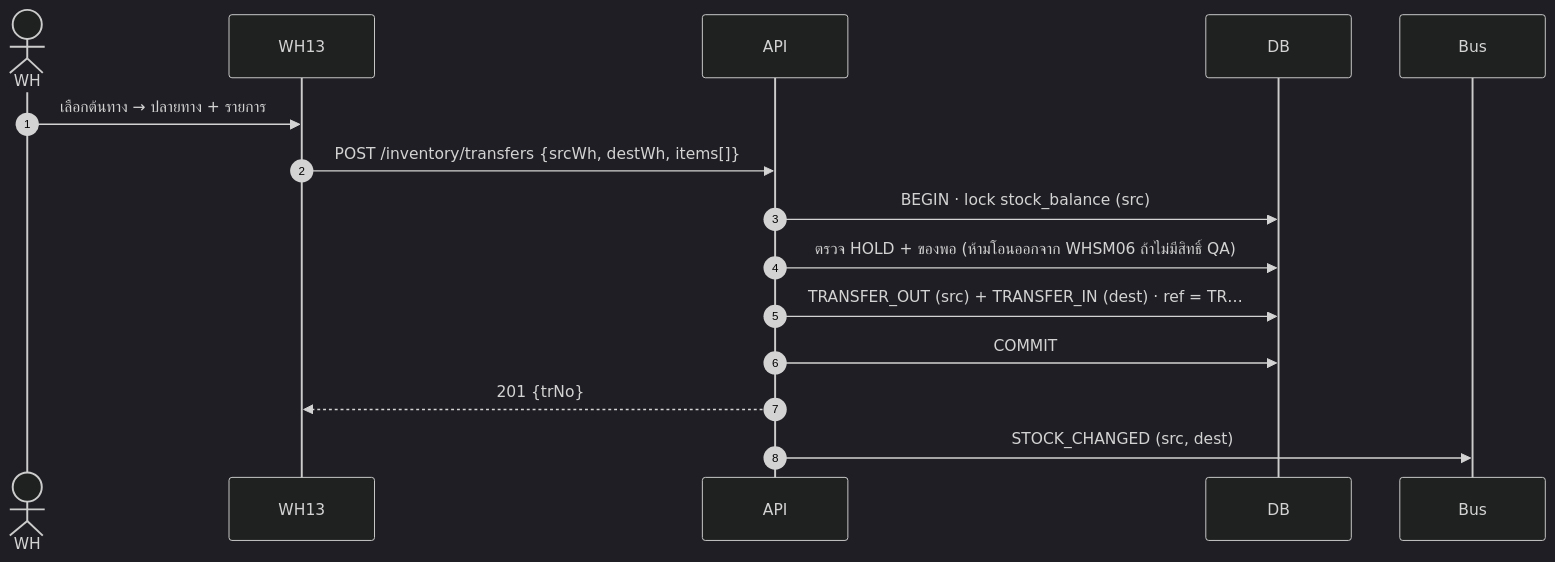
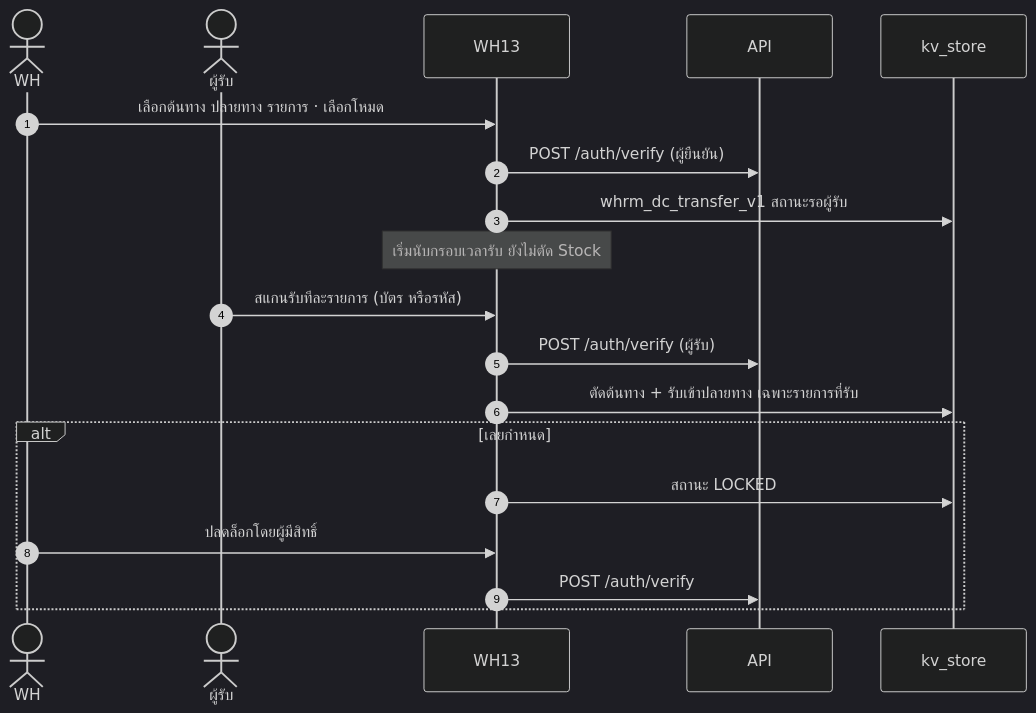
One commit to Aum2010/WHSM-1791103979 changed the seventh of 14 diagrams in docs/01-sequence-diagrams.md. Above: the diagram before and after it, drawn with Mermaid (dark theme). The commit also changed other lines of this file and 3 other files, not shown here.

Commit message:
Docs: update sequence diagrams to current system; record customer decisions

````diff
--- a/docs/01-sequence-diagrams.md
+++ b/docs/01-sequence-diagrams.md
@@ -283,18 +228,22 @@
 ```mermaid
 sequenceDiagram
     autonumber
     actor WH
+    actor Recv as ผู้รับ
     participant WH13
     participant API
-    participant DB
-    participant Bus
+    participant KV as kv_store
 
-    WH->>WH13: เลือกต้นทาง → ปลายทาง + รายการ
-    WH13->>API: POST /inventory/transfers {srcWh, destWh, items[]}
-    API->>DB: BEGIN · lock stock_balance (src)
-    API->>DB: ตรวจ HOLD + ของพอ (ห้ามโอนออกจาก WHSM06 ถ้าไม่มีสิทธิ์ QA)
-    API->>DB: TRANSFER_OUT (src) + TRANSFER_IN (dest) · ref = TR…
-    API->>DB: COMMIT
-    API-->>WH13: 201 {trNo}
-    API->>Bus: STOCK_CHANGED (src, dest)
+    WH->>WH13: เลือกต้นทาง ปลายทาง รายการ · เลือกโหมด
+    WH13->>API: POST /auth/verify (ผู้ยืนยัน)
+    WH13->>KV: whrm_dc_transfer_v1 สถานะรอผู้รับ
+    Note over WH13: เริ่มนับกรอบเวลารับ ยังไม่ตัด Stock
+    Recv->>WH13: สแกนรับทีละรายการ (บัตร หรือรหัส)
+    WH13->>API: POST /auth/verify (ผู้รับ)
+    WH13->>KV: ตัดต้นทาง + รับเข้าปลายทาง เฉพาะรายการที่รับ
+    alt เลยกำหนด
+        WH13->>KV: สถานะ LOCKED
+        WH->>WH13: ปลดล็อกโดยผู้มีสิทธิ์
+        WH13->>API: POST /auth/verify
+    end
 ```
````
